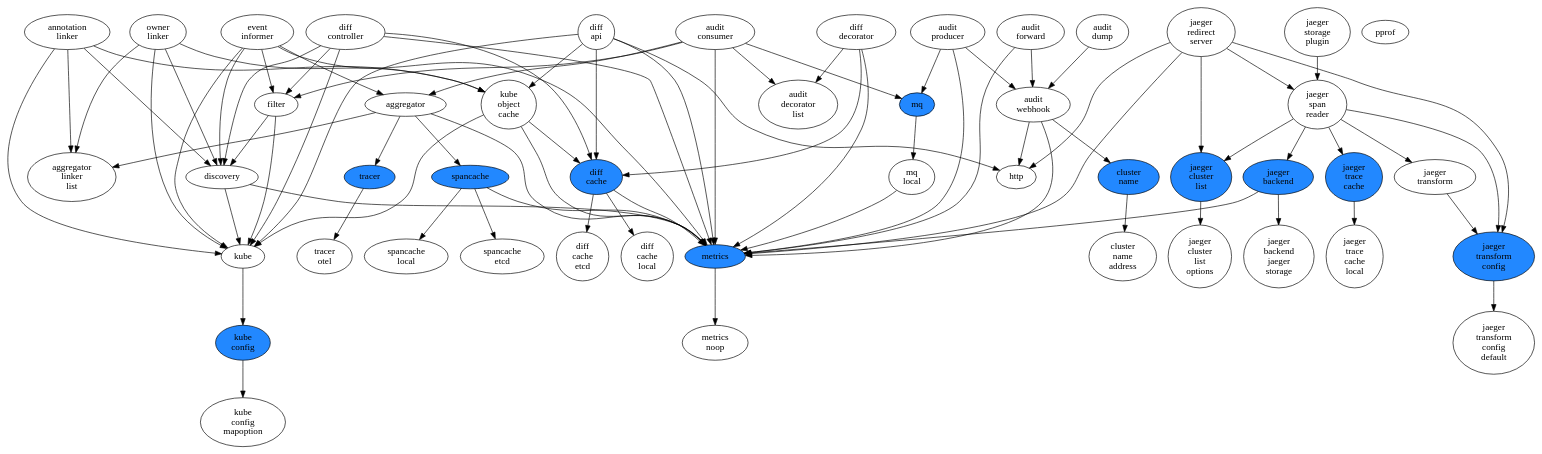
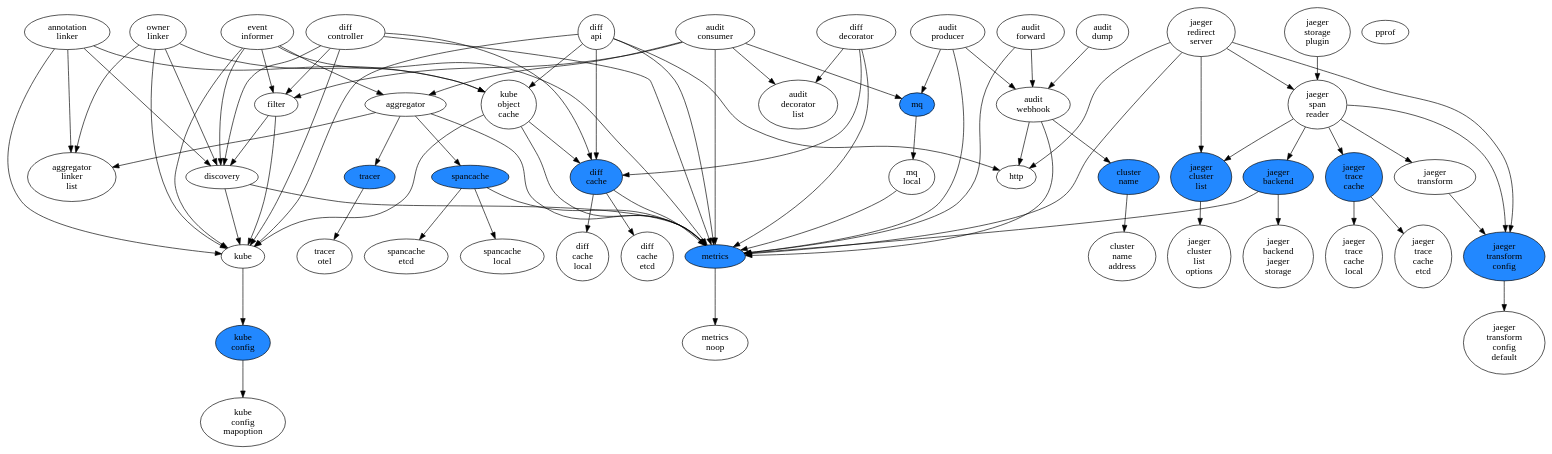
Before and after one commit to kubewharf/kelemetry: the diagram in depgraph.dot, drawn with Graphviz. The commit also changed 12 other files, not shown here.

```diff
--- a/depgraph.dot
+++ b/depgraph.dot
@@ -1,134 +1,136 @@
 digraph G {
 	{
 	rank=source;
 		n0 [label="annotation\nlinker", style="", fillcolor="white"]
 		n1 [label="audit\nconsumer", style="", fillcolor="white"]
 		n2 [label="audit\ndump", style="", fillcolor="white"]
 		n3 [label="audit\nforward", style="", fillcolor="white"]
 		n4 [label="audit\nproducer", style="", fillcolor="white"]
 		n5 [label="diff\napi", style="", fillcolor="white"]
 		n6 [label="diff\ncontroller", style="", fillcolor="white"]
 		n7 [label="diff\ndecorator", style="", fillcolor="white"]
 		n8 [label="event\ninformer", style="", fillcolor="white"]
 		n9 [label="jaeger\nredirect\nserver", style="", fillcolor="white"]
 		n10 [label="jaeger\nstorage\nplugin", style="", fillcolor="white"]
 		n11 [label="owner\nlinker", style="", fillcolor="white"]
 		n12 [label="pprof", style="", fillcolor="white"]
 	}
 		n13 [label="aggregator", style="", fillcolor="white"]
 		n14 [label="aggregator\nlinker\nlist", style="", fillcolor="white"]
 		n15 [label="audit\ndecorator\nlist", style="", fillcolor="white"]
 		n16 [label="audit\nwebhook", style="", fillcolor="white"]
 		n17 [label="cluster\nname", style="filled", fillcolor="#2288ff"]
 		n18 [label="cluster\nname\naddress", style="", fillcolor="white"]
 		n19 [label="diff\ncache", style="filled", fillcolor="#2288ff"]
 		n20 [label="diff\ncache\netcd", style="", fillcolor="white"]
 		n21 [label="diff\ncache\nlocal", style="", fillcolor="white"]
 		n22 [label="discovery", style="", fillcolor="white"]
 		n23 [label="filter", style="", fillcolor="white"]
 		n24 [label="http", style="", fillcolor="white"]
 		n25 [label="jaeger\nbackend", style="filled", fillcolor="#2288ff"]
 		n26 [label="jaeger\nbackend\njaeger\nstorage", style="", fillcolor="white"]
 		n27 [label="jaeger\ncluster\nlist", style="filled", fillcolor="#2288ff"]
 		n28 [label="jaeger\ncluster\nlist\noptions", style="", fillcolor="white"]
 		n29 [label="jaeger\nspan\nreader", style="", fillcolor="white"]
 		n30 [label="jaeger\ntrace\ncache", style="filled", fillcolor="#2288ff"]
-		n31 [label="jaeger\ntrace\ncache\nlocal", style="", fillcolor="white"]
-		n32 [label="jaeger\ntransform", style="", fillcolor="white"]
-		n33 [label="jaeger\ntransform\nconfig", style="filled", fillcolor="#2288ff"]
-		n34 [label="jaeger\ntransform\nconfig\ndefault", style="", fillcolor="white"]
-		n35 [label="kube", style="", fillcolor="white"]
-		n36 [label="kube\nconfig", style="filled", fillcolor="#2288ff"]
-		n37 [label="kube\nconfig\nmapoption", style="", fillcolor="white"]
-		n38 [label="kube\nobject\ncache", style="", fillcolor="white"]
-		n39 [label="metrics", style="filled", fillcolor="#2288ff"]
-		n40 [label="metrics\nnoop", style="", fillcolor="white"]
-		n41 [label="mq", style="filled", fillcolor="#2288ff"]
-		n42 [label="mq\nlocal", style="", fillcolor="white"]
-		n43 [label="spancache", style="filled", fillcolor="#2288ff"]
-		n44 [label="spancache\netcd", style="", fillcolor="white"]
-		n45 [label="spancache\nlocal", style="", fillcolor="white"]
-		n46 [label="tracer", style="filled", fillcolor="#2288ff"]
-		n47 [label="tracer\notel", style="", fillcolor="white"]
+		n31 [label="jaeger\ntrace\ncache\netcd", style="", fillcolor="white"]
+		n32 [label="jaeger\ntrace\ncache\nlocal", style="", fillcolor="white"]
+		n33 [label="jaeger\ntransform", style="", fillcolor="white"]
+		n34 [label="jaeger\ntransform\nconfig", style="filled", fillcolor="#2288ff"]
+		n35 [label="jaeger\ntransform\nconfig\ndefault", style="", fillcolor="white"]
+		n36 [label="kube", style="", fillcolor="white"]
+		n37 [label="kube\nconfig", style="filled", fillcolor="#2288ff"]
+		n38 [label="kube\nconfig\nmapoption", style="", fillcolor="white"]
+		n39 [label="kube\nobject\ncache", style="", fillcolor="white"]
+		n40 [label="metrics", style="filled", fillcolor="#2288ff"]
+		n41 [label="metrics\nnoop", style="", fillcolor="white"]
+		n42 [label="mq", style="filled", fillcolor="#2288ff"]
+		n43 [label="mq\nlocal", style="", fillcolor="white"]
+		n44 [label="spancache", style="filled", fillcolor="#2288ff"]
+		n45 [label="spancache\netcd", style="", fillcolor="white"]
+		n46 [label="spancache\nlocal", style="", fillcolor="white"]
+		n47 [label="tracer", style="filled", fillcolor="#2288ff"]
+		n48 [label="tracer\notel", style="", fillcolor="white"]
 	n0 -> n14
 	n0 -> n22
-	n0 -> n35
-	n0 -> n38
+	n0 -> n36
+	n0 -> n39
 	n1 -> n13
 	n1 -> n15
 	n1 -> n23
-	n1 -> n39
-	n1 -> n41
+	n1 -> n40
+	n1 -> n42
 	n2 -> n16
 	n3 -> n16
-	n3 -> n39
+	n3 -> n40
 	n4 -> n16
-	n4 -> n39
-	n4 -> n41
+	n4 -> n40
+	n4 -> n42
 	n5 -> n19
 	n5 -> n24
-	n5 -> n35
-	n5 -> n38
+	n5 -> n36
 	n5 -> n39
+	n5 -> n40
 	n6 -> n19
 	n6 -> n22
 	n6 -> n23
-	n6 -> n35
-	n6 -> n39
+	n6 -> n36
+	n6 -> n40
 	n7 -> n15
 	n7 -> n19
-	n7 -> n39
+	n7 -> n40
 	n8 -> n13
 	n8 -> n22
 	n8 -> n23
-	n8 -> n35
-	n8 -> n39
+	n8 -> n36
+	n8 -> n40
 	n9 -> n24
 	n9 -> n27
 	n9 -> n29
-	n9 -> n33
-	n9 -> n39
+	n9 -> n34
+	n9 -> n40
 	n10 -> n29
 	n11 -> n14
 	n11 -> n22
-	n11 -> n35
-	n11 -> n38
+	n11 -> n36
+	n11 -> n39
 	n13 -> n14
-	n13 -> n39
-	n13 -> n43
-	n13 -> n46
+	n13 -> n40
+	n13 -> n44
+	n13 -> n47
 	n16 -> n17
 	n16 -> n24
-	n16 -> n39
+	n16 -> n40
 	n17 -> n18
 	n19 -> n20
 	n19 -> n21
-	n19 -> n39
-	n22 -> n35
-	n22 -> n39
+	n19 -> n40
+	n22 -> n36
+	n22 -> n40
 	n23 -> n22
-	n23 -> n35
+	n23 -> n36
 	n25 -> n26
-	n25 -> n39
+	n25 -> n40
 	n27 -> n28
 	n29 -> n25
 	n29 -> n27
 	n29 -> n30
-	n29 -> n32
 	n29 -> n33
+	n29 -> n34
 	n30 -> n31
-	n32 -> n33
+	n30 -> n32
 	n33 -> n34
-	n35 -> n36
+	n34 -> n35
 	n36 -> n37
-	n38 -> n19
-	n38 -> n35
-	n38 -> n39
+	n37 -> n38
+	n39 -> n19
+	n39 -> n36
 	n39 -> n40
-	n41 -> n42
-	n42 -> n39
-	n43 -> n39
-	n43 -> n44
-	n43 -> n45
-	n46 -> n47
+	n40 -> n41
+	n42 -> n43
+	n43 -> n40
+	n44 -> n40
+	n44 -> n45
+	n44 -> n46
+	n47 -> n48
 }
```
